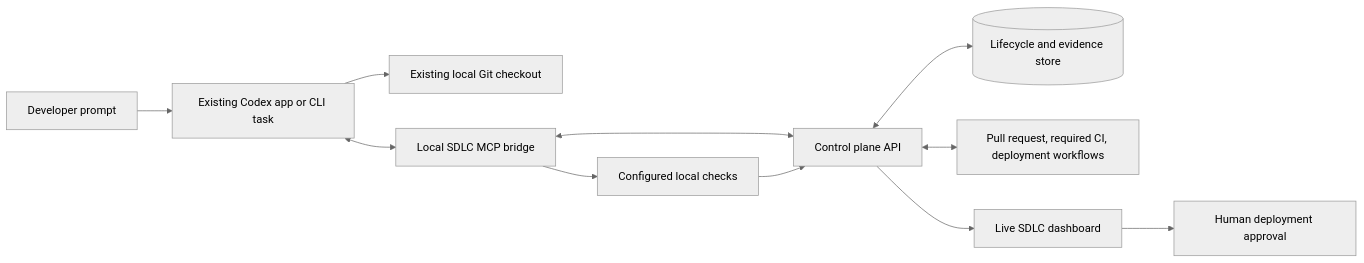
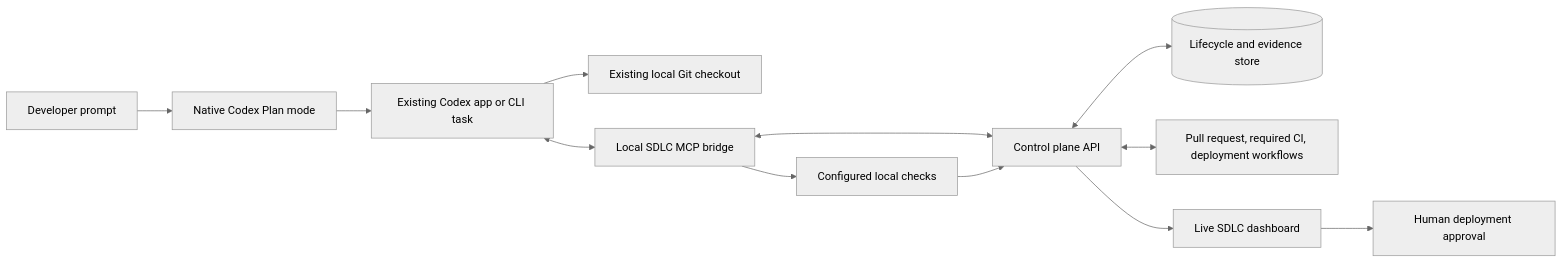
Before and after one commit to Melaonn/autonomouscodingagent: the diagram in HOW-IT-WORKS.md, drawn with Mermaid (neutral theme). The commit also changed other lines of this file and 16 other files, not shown here.

Commit message:
Use native Codex planning and review

````diff
--- a/HOW-IT-WORKS.md
+++ b/HOW-IT-WORKS.md
@@ -5,13 +5,14 @@
 ```mermaid
 flowchart LR
-  User[Developer prompt] --> Codex[Existing Codex app or CLI task]
+  User[Developer prompt] --> Plan[Native Codex Plan mode]
+  Plan --> Codex[Existing Codex app or CLI task]
   Codex --> Workspace[Existing local Git checkout]
   Codex <--> MCP[Local SDLC MCP bridge]
   MCP <--> API[Control plane API]
   API <--> DB[(Lifecycle and evidence store)]
   MCP --> Checks[Configured local checks]
   Checks --> API
   API <--> GitHub[Pull request, required CI, deployment workflows]
   API --> Dashboard[Live SDLC dashboard]
   Dashboard --> Approval[Human deployment approval]
 ```
````
